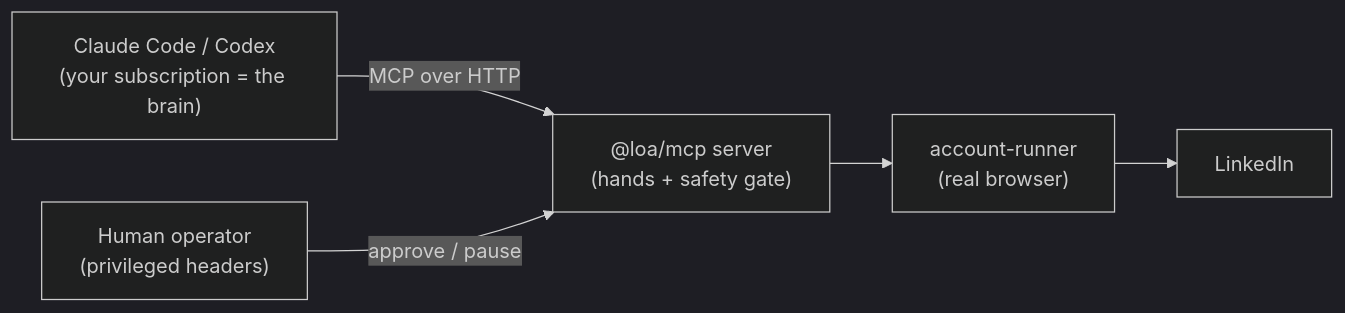
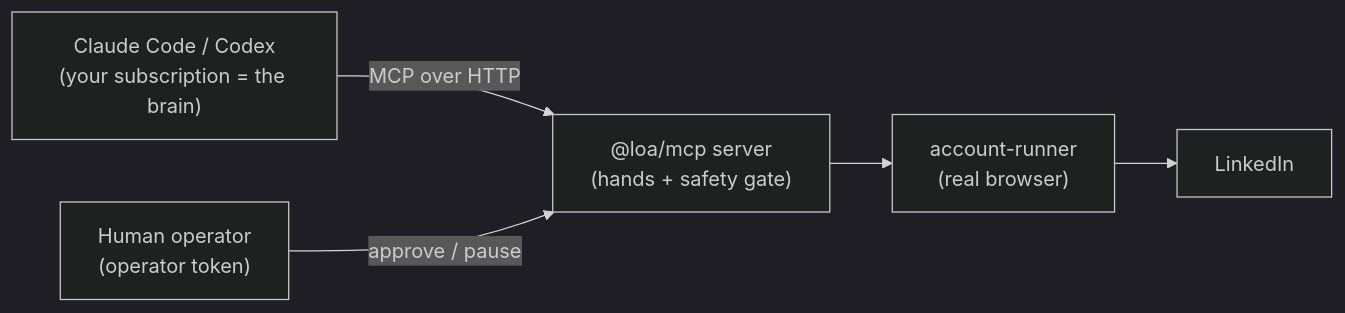
Before and after one commit to jsilets/linkedin-outreach-agent: the diagram in docs/DRIVING.md, drawn with Mermaid (dark theme). The commit also changed other lines of this file and 7 other files, not shown here.

````diff
--- a/docs/DRIVING.md
+++ b/docs/DRIVING.md
@@ -17,7 +17,7 @@
 ```mermaid
 flowchart LR
   A["Claude Code / Codex\n(your subscription = the brain)"] -- MCP over HTTP --> S["@loa/mcp server\n(hands + safety gate)"]
   S --> R["account-runner\n(real browser)"]
   R --> L["LinkedIn"]
-  H["Human operator\n(privileged headers)"] -- approve / pause --> S
+  H["Human operator\n(operator token)"] -- approve / pause --> S
 ```
````
